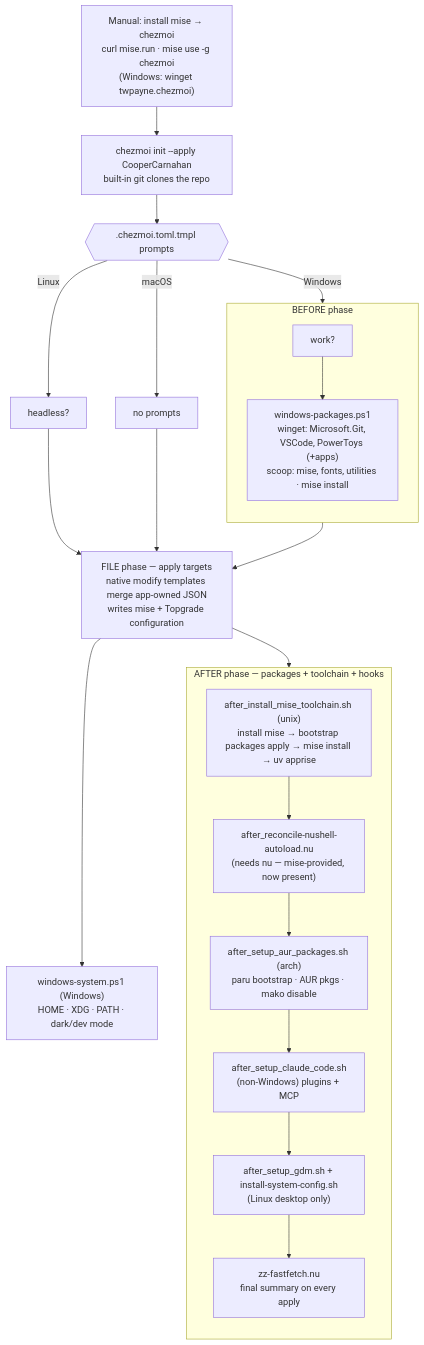
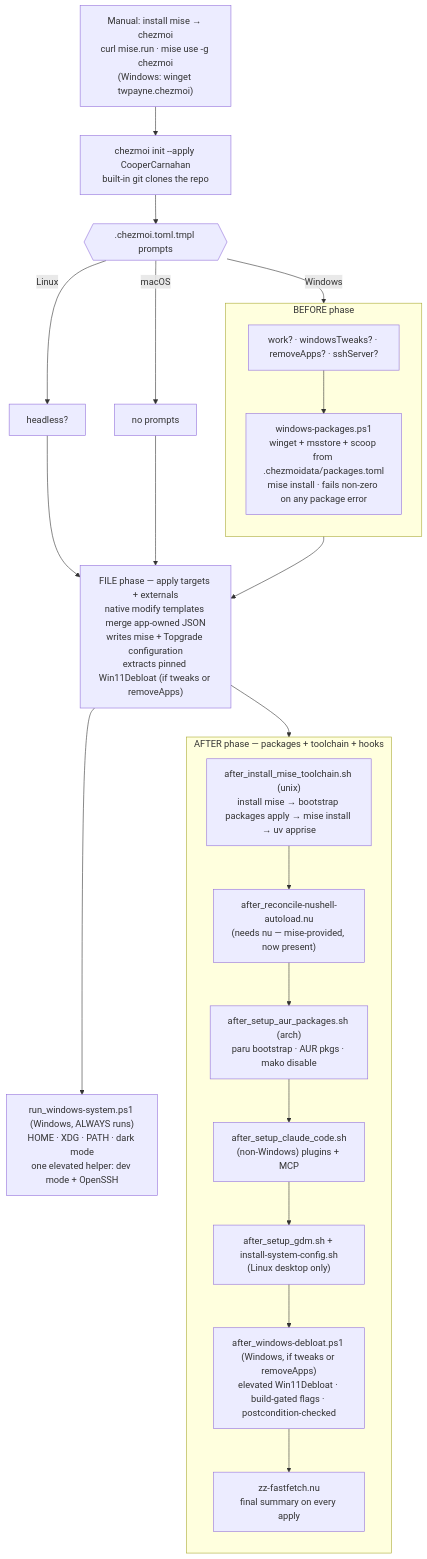
One commit to CooperCarnahan/dotfiles changed the diagram in README.md. Above: the diagram before and after it, drawn with Mermaid. The commit also changed other lines of this file and 13 other files, not shown here.

````diff
--- a/README.md
+++ b/README.md
@@ -85,36 +139,38 @@
 ```mermaid
 flowchart TD
     A["Manual: install mise → chezmoi<br/>curl mise.run · mise use -g chezmoi<br/>(Windows: winget twpayne.chezmoi)"]
     A --> B["chezmoi init --apply CooperCarnahan<br/>built-in git clones the repo"]
     B --> C{{".chezmoi.toml.tmpl prompts"}}
-    C -->|Windows| Pw["work?"]
+    C -->|Windows| Pw["work? · windowsTweaks? · removeApps? · sshServer?"]
     C -->|Linux| Pl["headless?"]
     C -->|macOS| Pm["no prompts"]
 
     subgraph BEFORE["BEFORE phase"]
       direction TB
-      Pw --> Bw["windows-packages.ps1<br/>winget: Microsoft.Git, VSCode, PowerToys (+apps)<br/>scoop: mise, fonts, utilities · mise install"]
+      Pw --> Bw["windows-packages.ps1<br/>winget + msstore + scoop from .chezmoidata/packages.toml<br/>mise install · fails non-zero on any package error"]
     end
 
     Bw --> Main
     Pl --> Main
     Pm --> Main
-    Main["FILE phase — apply targets<br/>native modify templates merge app-owned JSON<br/>writes mise + Topgrade configuration"]
-    Main --> Sys["windows-system.ps1 (Windows)<br/>HOME · XDG · PATH · dark/dev mode"]
+    Main["FILE phase — apply targets + externals<br/>native modify templates merge app-owned JSON<br/>writes mise + Topgrade configuration<br/>extracts pinned Win11Debloat (if tweaks or removeApps)"]
+    Main --> Sys["run_windows-system.ps1 (Windows, ALWAYS runs)<br/>HOME · XDG · PATH · dark mode<br/>one elevated helper: dev mode + OpenSSH"]
 
     subgraph AFTER["AFTER phase — packages + toolchain + hooks"]
       direction TB
       Tl["after_install_mise_toolchain.sh (unix)<br/>install mise → bootstrap packages apply → mise install → uv apprise"]
       Nu["after_reconcile-nushell-autoload.nu<br/>(needs nu — mise-provided, now present)"]
       Aur["after_setup_aur_packages.sh (arch)<br/>paru bootstrap · AUR pkgs · mako disable"]
       Cc["after_setup_claude_code.sh<br/>(non-Windows) plugins + MCP"]
       Gd["after_setup_gdm.sh + install-system-config.sh<br/>(Linux desktop only)"]
+      Wd["after_windows-debloat.ps1 (Windows, if tweaks or removeApps)<br/>elevated Win11Debloat · build-gated flags · postcondition-checked"]
       Ff["zz-fastfetch.nu<br/>final summary on every apply"]
     end
     Main --> Tl
     Tl --> Nu
     Nu --> Aur
     Aur --> Cc
     Cc --> Gd
-    Gd --> Ff
+    Gd --> Wd
+    Wd --> Ff
 ```
````
